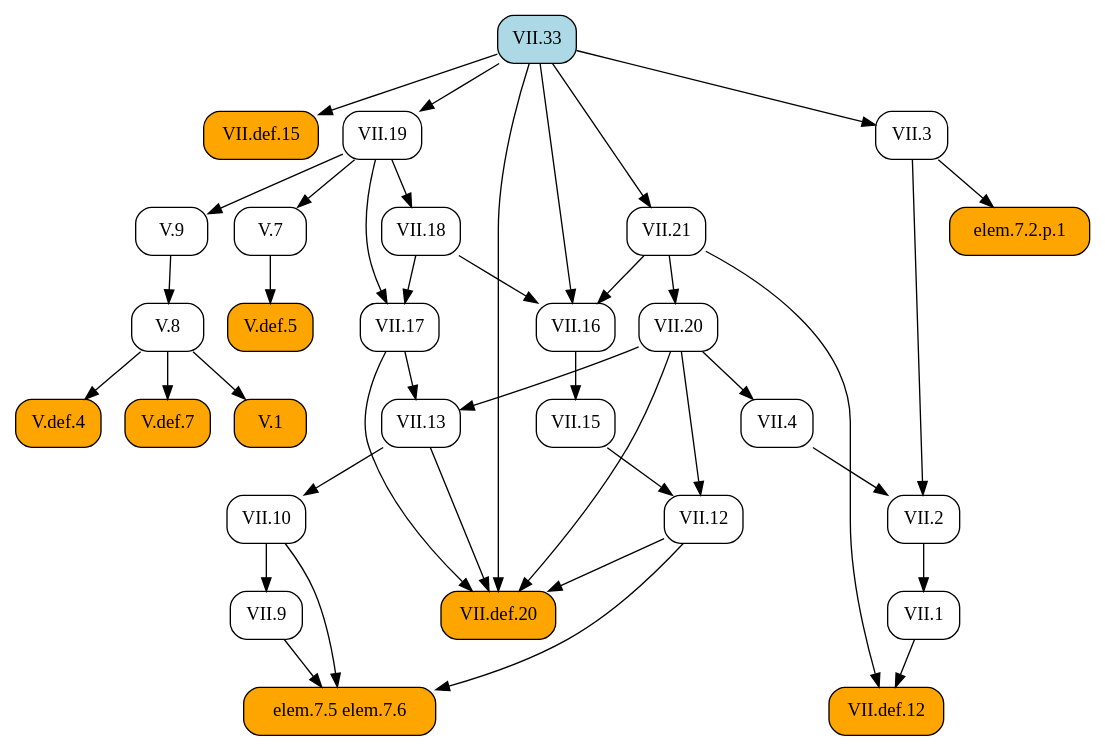
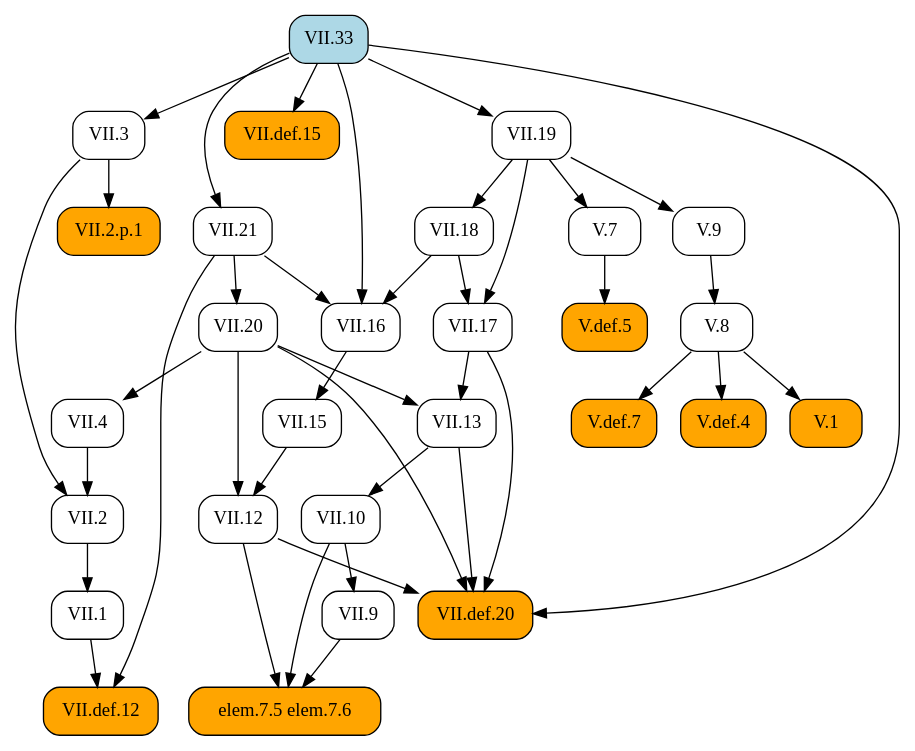
One commit to geometor/elements changed the diagram in docsrc/heath/VII/33/index.rst. Above: the diagram before and after it, drawn with Graphviz. The commit also changed 484 other files, not shown here.

```diff
--- a/docsrc/heath/VII/33/index.rst
+++ b/docsrc/heath/VII/33/index.rst
@@ -66,74 +66,74 @@
 .. graphviz::
 
    digraph {
      rankdir="TB";
      node [shape=box, style=rounded];
-     "VII.def.12" [style="rounded,filled", fillcolor=orange, URL="/heath/VII/def.12/", target="_top"];
-     "V.8" [URL="/heath/V/8/", target="_top"];
      "VII.33" [style="rounded,filled", fillcolor=lightblue, URL="/heath/VII/33/", target="_top"];
-     "VII.1" [URL="/heath/VII/1/", target="_top"];
-     "elem.7.2.p.1" [style="rounded,filled", fillcolor=orange];
-     "VII.10" [URL="/heath/VII/10/", target="_top"];
+     "VII.12" [URL="/heath/VII/12/", target="_top"];
+     "elem.7.5 elem.7.6" [style="rounded,filled", fillcolor=orange];
+     "V.def.7" [style="rounded,filled", fillcolor=orange, URL="/heath/V/def.7/", target="_top"];
      "VII.9" [URL="/heath/VII/9/", target="_top"];
-     "VII.def.15" [style="rounded,filled", fillcolor=orange, URL="/heath/VII/def.15/", target="_top"];
-     "V.def.5" [style="rounded,filled", fillcolor=orange, URL="/heath/V/def.5/", target="_top"];
-     "VII.19" [URL="/heath/VII/19/", target="_top"];
      "VII.18" [URL="/heath/VII/18/", target="_top"];
      "VII.16" [URL="/heath/VII/16/", target="_top"];
+     "V.7" [URL="/heath/V/7/", target="_top"];
+     "VII.21" [URL="/heath/VII/21/", target="_top"];
+     "V.def.5" [style="rounded,filled", fillcolor=orange, URL="/heath/V/def.5/", target="_top"];
+     "V.def.4" [style="rounded,filled", fillcolor=orange, URL="/heath/V/def.4/", target="_top"];
+     "V.9" [URL="/heath/V/9/", target="_top"];
+     "VII.1" [URL="/heath/VII/1/", target="_top"];
+     "VII.10" [URL="/heath/VII/10/", target="_top"];
+     "V.8" [URL="/heath/V/8/", target="_top"];
+     "VII.13" [URL="/heath/VII/13/", target="_top"];
      "VII.4" [URL="/heath/VII/4/", target="_top"];
-     "VII.21" [URL="/heath/VII/21/", target="_top"];
+     "VII.def.12" [style="rounded,filled", fillcolor=orange, URL="/heath/VII/def.12/", target="_top"];
+     "VII.20" [URL="/heath/VII/20/", target="_top"];
      "V.1" [style="rounded,filled", fillcolor=orange, URL="/heath/V/1/", target="_top"];
+     "VII.def.15" [style="rounded,filled", fillcolor=orange, URL="/heath/VII/def.15/", target="_top"];
+     "VII.2" [URL="/heath/VII/2/", target="_top"];
+     "VII.3" [URL="/heath/VII/3/", target="_top"];
      "VII.17" [URL="/heath/VII/17/", target="_top"];
-     "VII.3" [URL="/heath/VII/3/", target="_top"];
-     "elem.7.5 elem.7.6" [style="rounded,filled", fillcolor=orange];
-     "VII.20" [URL="/heath/VII/20/", target="_top"];
-     "V.7" [URL="/heath/V/7/", target="_top"];
-     "V.9" [URL="/heath/V/9/", target="_top"];
-     "V.def.4" [style="rounded,filled", fillcolor=orange, URL="/heath/V/def.4/", target="_top"];
-     "VII.2" [URL="/heath/VII/2/", target="_top"];
-     "VII.13" [URL="/heath/VII/13/", target="_top"];
-     "V.def.7" [style="rounded,filled", fillcolor=orange, URL="/heath/V/def.7/", target="_top"];
-     "VII.12" [URL="/heath/VII/12/", target="_top"];
+     "VII.19" [URL="/heath/VII/19/", target="_top"];
+     "VII.2.p.1" [style="rounded,filled", fillcolor=orange];
+     "VII.def.20" [style="rounded,filled", fillcolor=orange, URL="/heath/VII/def.20/", target="_top"];
      "VII.15" [URL="/heath/VII/15/", target="_top"];
-     "VII.def.20" [style="rounded,filled", fillcolor=orange, URL="/heath/VII/def.20/", target="_top"];
-     "VII.1" -> "VII.def.12";
-     "VII.21" -> "VII.def.12";
-     "V.9" -> "V.8";
-     "VII.2" -> "VII.1";
-     "VII.3" -> "elem.7.2.p.1";
-     "VII.13" -> "VII.10";
+     "VII.15" -> "VII.12";
+     "VII.20" -> "VII.12";
+     "VII.9" -> "elem.7.5 elem.7.6";
+     "VII.10" -> "elem.7.5 elem.7.6";
+     "VII.12" -> "elem.7.5 elem.7.6";
+     "V.8" -> "V.def.7";
      "VII.10" -> "VII.9";
-     "VII.33" -> "VII.def.15";
-     "V.7" -> "V.def.5";
-     "VII.33" -> "VII.19";
      "VII.19" -> "VII.18";
      "VII.18" -> "VII.16";
      "VII.21" -> "VII.16";
      "VII.33" -> "VII.16";
+     "VII.19" -> "V.7";
+     "VII.33" -> "VII.21";
+     "V.7" -> "V.def.5";
+     "V.8" -> "V.def.4";
+     "VII.19" -> "V.9";
+     "VII.2" -> "VII.1";
+     "VII.13" -> "VII.10";
+     "V.9" -> "V.8";
+     "VII.17" -> "VII.13";
+     "VII.20" -> "VII.13";
      "VII.20" -> "VII.4";
-     "VII.33" -> "VII.21";
+     "VII.1" -> "VII.def.12";
+     "VII.21" -> "VII.def.12";
+     "VII.21" -> "VII.20";
      "V.8" -> "V.1";
+     "VII.33" -> "VII.def.15";
+     "VII.3" -> "VII.2";
+     "VII.4" -> "VII.2";
+     "VII.33" -> "VII.3";
      "VII.18" -> "VII.17";
      "VII.19" -> "VII.17";
-     "VII.33" -> "VII.3";
-     "VII.9" -> "elem.7.5 elem.7.6";
-     "VII.10" -> "elem.7.5 elem.7.6";
-     "VII.12" -> "elem.7.5 elem.7.6";
-     "VII.21" -> "VII.20";
-     "VII.19" -> "V.7";
-     "VII.19" -> "V.9";
-     "V.8" -> "V.def.4";
-     "VII.3" -> "VII.2";
-     "VII.4" -> "VII.2";
-     "VII.17" -> "VII.13";
-     "VII.20" -> "VII.13";
-     "V.8" -> "V.def.7";
-     "VII.15" -> "VII.12";
-     "VII.20" -> "VII.12";
-     "VII.16" -> "VII.15";
+     "VII.33" -> "VII.19";
+     "VII.3" -> "VII.2.p.1";
      "VII.12" -> "VII.def.20";
      "VII.13" -> "VII.def.20";
      "VII.17" -> "VII.def.20";
      "VII.20" -> "VII.def.20";
      "VII.33" -> "VII.def.20";
+     "VII.16" -> "VII.15";
    }
```
